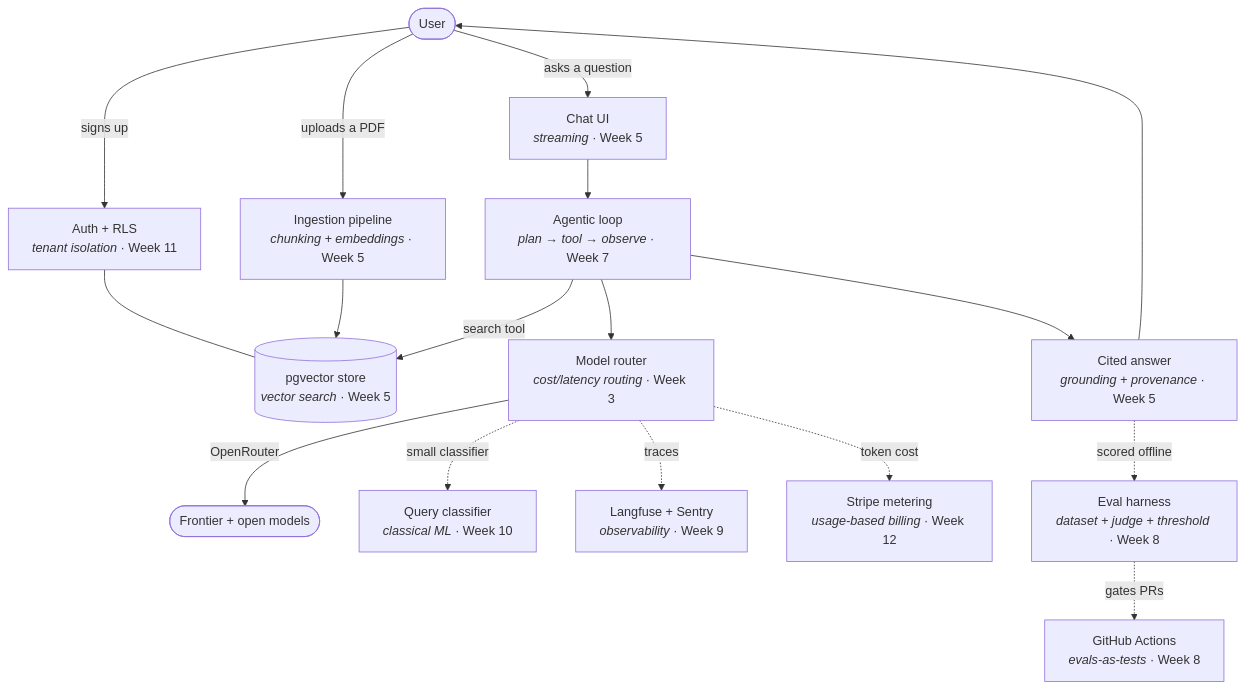
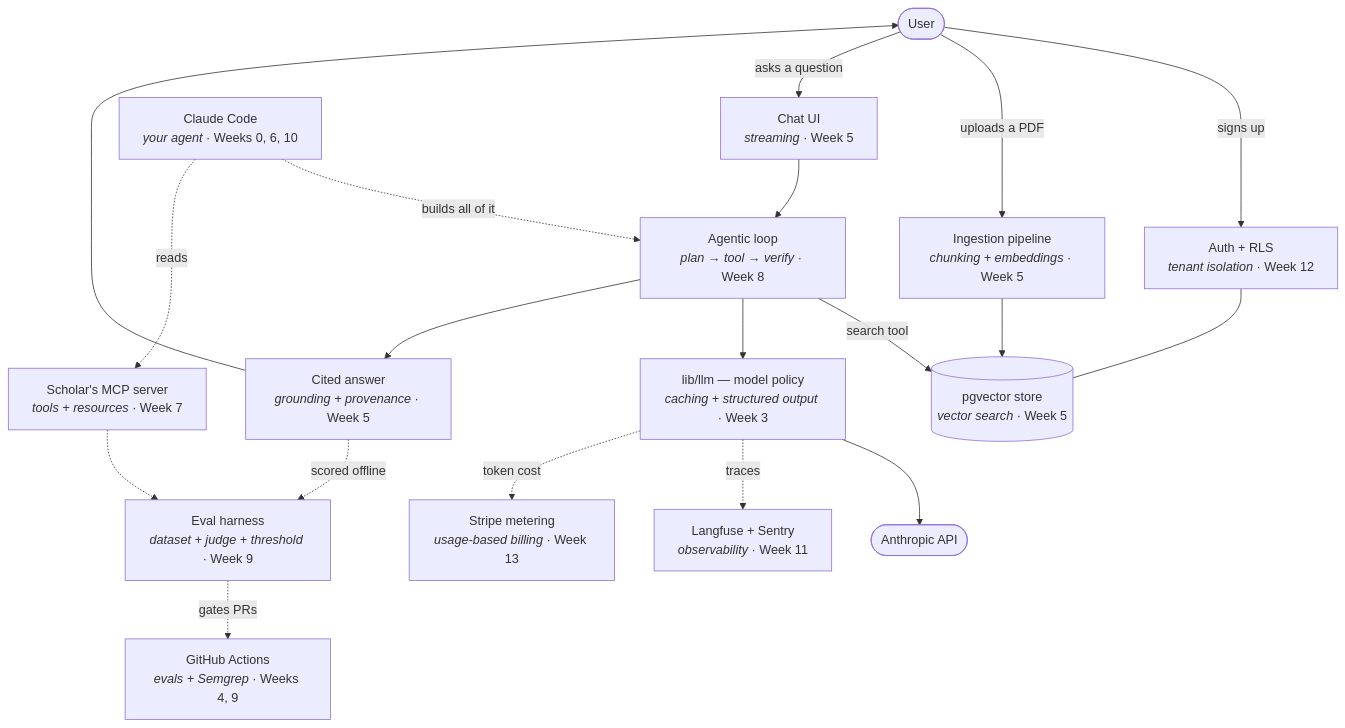
The diagram in docs/concept-map.md (sriramarun/ai-engineering), drawn with Mermaid before and after one commit. The commit also changed other lines of this file and 32 other files, not shown here.

First line of the commit message:
Rebuild the course around Claude Code and the CCAR-F domains

````diff
--- a/docs/concept-map.md
+++ b/docs/concept-map.md
@@ -11,23 +11,26 @@
 ```mermaid
 flowchart TB
-    U([User]) -->|signs up| AUTH["Auth + RLS<br/><i>tenant isolation</i> · Week 11"]
+    U([User]) -->|signs up| AUTH["Auth + RLS<br/><i>tenant isolation</i> · Week 12"]
     U -->|uploads a PDF| ING["Ingestion pipeline<br/><i>chunking + embeddings</i> · Week 5"]
     U -->|asks a question| CHAT["Chat UI<br/><i>streaming</i> · Week 5"]
 
     ING --> VEC[("pgvector store<br/><i>vector search</i> · Week 5")]
-    CHAT --> AGENT["Agentic loop<br/><i>plan → tool → observe</i> · Week 7"]
+    CHAT --> AGENT["Agentic loop<br/><i>plan → tool → verify</i> · Week 8"]
     AGENT -->|search tool| VEC
-    AGENT --> ROUTER["Model router<br/><i>cost/latency routing</i> · Week 3"]
-    ROUTER -->|OpenRouter| LLM([Frontier + open models])
-    ROUTER -.->|small classifier| ML["Query classifier<br/><i>classical ML</i> · Week 10"]
+    AGENT --> LLMC["lib/llm — model policy<br/><i>caching + structured output</i> · Week 3"]
+    LLMC --> API([Anthropic API])
 
     AGENT --> ANS["Cited answer<br/><i>grounding + provenance</i> · Week 5"]
     ANS --> U
 
-    ANS -.->|scored offline| EVAL["Eval harness<br/><i>dataset + judge + threshold</i> · Week 8"]
-    EVAL -.->|gates PRs| CI["GitHub Actions<br/><i>evals-as-tests</i> · Week 8"]
-    ROUTER -.->|traces| OBS["Langfuse + Sentry<br/><i>observability</i> · Week 9"]
-    ROUTER -.->|token cost| BILL["Stripe metering<br/><i>usage-based billing</i> · Week 12"]
+    ANS -.->|scored offline| EVAL["Eval harness<br/><i>dataset + judge + threshold</i> · Week 9"]
+    EVAL -.->|gates PRs| CI["GitHub Actions<br/><i>evals + Semgrep</i> · Weeks 4, 9"]
+    LLMC -.->|traces| OBS["Langfuse + Sentry<br/><i>observability</i> · Week 11"]
+    LLMC -.->|token cost| BILL["Stripe metering<br/><i>usage-based billing</i> · Week 13"]
 
     AUTH --- VEC
+
+    CC["Claude Code<br/><i>your agent</i> · Weeks 0, 6, 10"] -.->|builds all of it| AGENT
+    CC -.->|reads| MCP["Scholar's MCP server<br/><i>tools + resources</i> · Week 7"]
+    MCP -.-> EVAL
 ```
````
